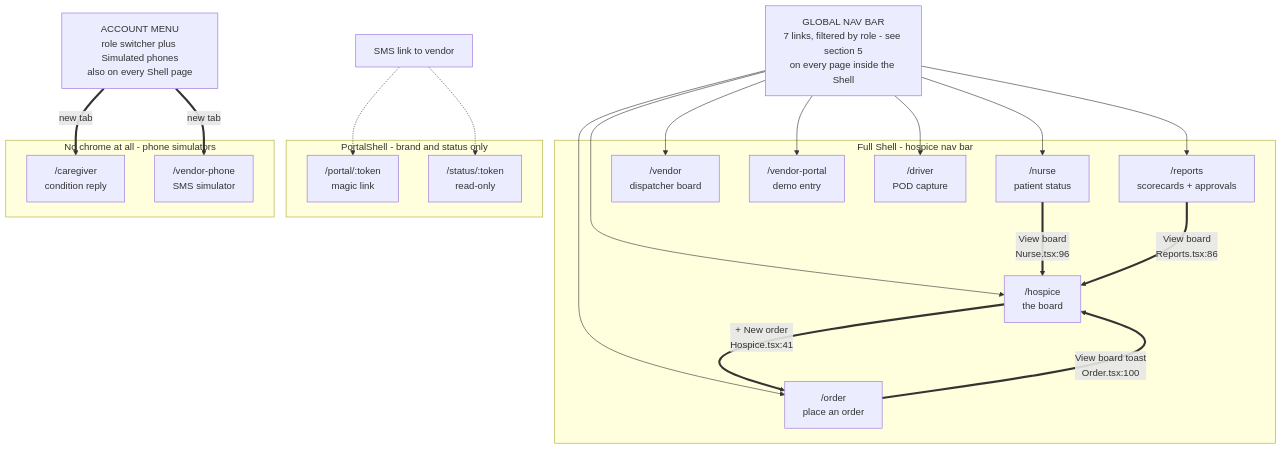
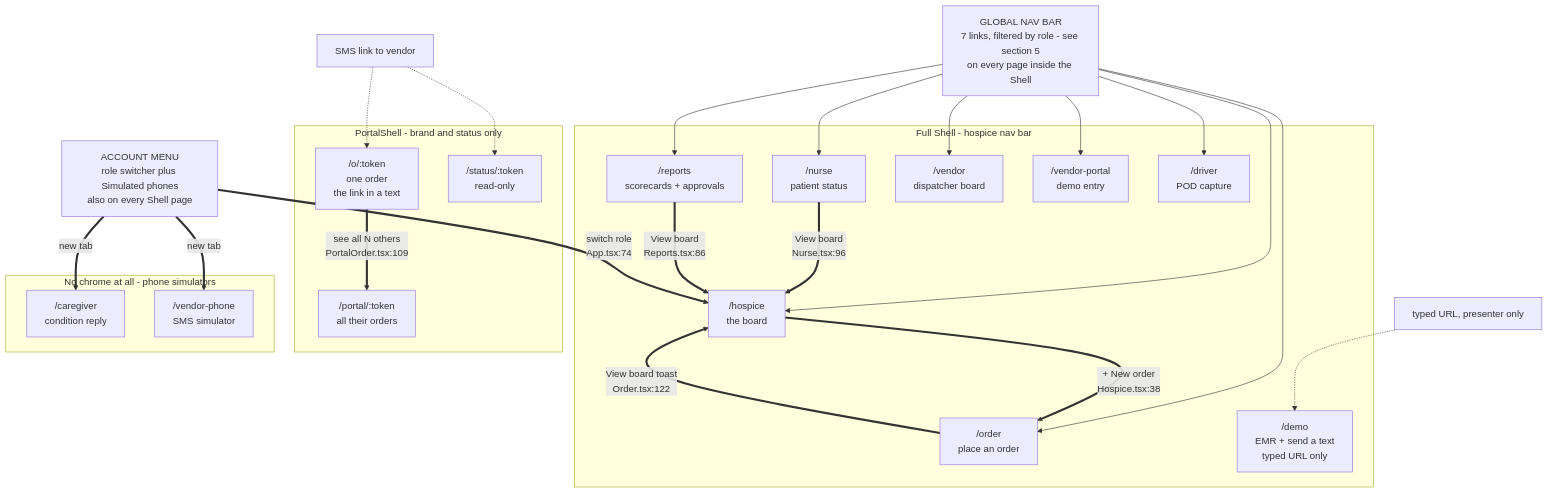
The first of 6 diagrams in docs/UX-FLOWS.md (kr3wangel/betterrx-hackathon-2026), drawn with Mermaid before and after one commit. The commit also changed other lines of this file and 2 other files, not shown here.

First line of the commit message:
docs: re-derive UX-FLOWS and FEATURES against the v8 board

````diff
--- a/docs/UX-FLOWS.md
+++ b/docs/UX-FLOWS.md
@@ -78,43 +94,49 @@
 ```mermaid
 graph TD
   NAV["GLOBAL NAV BAR<br/>7 links, filtered by role - see section 5<br/>on every page inside the Shell"]
   ACCT["ACCOUNT MENU<br/>role switcher plus Simulated phones<br/>also on every Shell page"]
 
   subgraph Full Shell - hospice nav bar
     BOARD["/hospice<br/>the board"]
     ORDER["/order<br/>place an order"]
     NURSE["/nurse<br/>patient status"]
     REPORTS["/reports<br/>scorecards + approvals"]
     VBOARD["/vendor<br/>dispatcher board"]
     VPORTAL["/vendor-portal<br/>demo entry"]
     DRIVER["/driver<br/>POD capture"]
+    DEMO["/demo<br/>EMR + send a text<br/>typed URL only"]
   end
 
   subgraph PortalShell - brand and status only
-    PORTAL["/portal/:token<br/>magic link"]
+    OPORTAL["/o/:token<br/>one order<br/>the link in a text"]
+    PORTAL["/portal/:token<br/>all their orders"]
     VSTATUS["/status/:token<br/>read-only"]
   end
 
   subgraph No chrome at all - phone simulators
     CARE["/caregiver<br/>condition reply"]
     VPHONE["/vendor-phone<br/>SMS simulator"]
   end
 
   NAV --> BOARD
   NAV --> ORDER
   NAV --> NURSE
   NAV --> REPORTS
   NAV --> VBOARD
   NAV --> VPORTAL
   NAV --> DRIVER
 
-  BOARD ==>|"+ New order<br/>Hospice.tsx:41"| ORDER
-  ORDER ==>|"View board toast<br/>Order.tsx:100"| BOARD
+  BOARD ==>|"+ New order<br/>Hospice.tsx:38"| ORDER
+  ORDER ==>|"View board toast<br/>Order.tsx:122"| BOARD
   NURSE ==>|"View board<br/>Nurse.tsx:96"| BOARD
   REPORTS ==>|"View board<br/>Reports.tsx:86"| BOARD
 
-  SMS["SMS link to vendor"] -.-> PORTAL
-  SMS -.-> VSTATUS
+  ACCT ==>|"switch role<br/>App.tsx:74"| BOARD
   ACCT ==>|"new tab"| CARE
   ACCT ==>|"new tab"| VPHONE
+
+  SMS["SMS link to vendor"] -.-> OPORTAL
+  SMS -.-> VSTATUS
+  OPORTAL ==>|"see all N others<br/>PortalOrder.tsx:109"| PORTAL
+  TYPED["typed URL, presenter only"] -.-> DEMO
 ```
````
